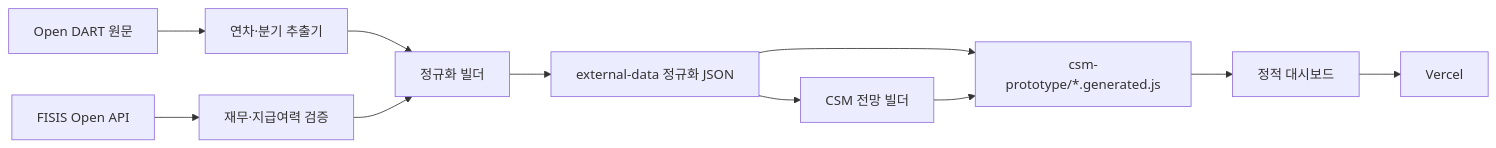
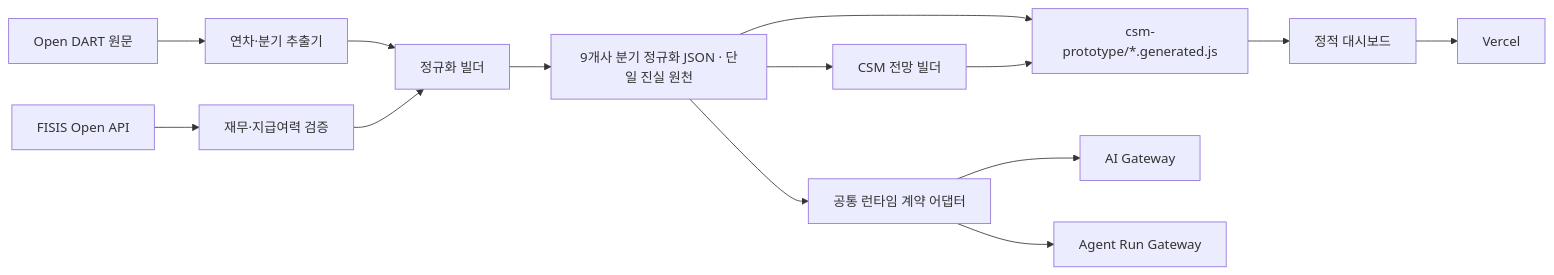
Before and after one commit to judeoksyun-cloud/CSM_LENS_PROJECT: the diagram in README.md, drawn with Mermaid. The commit also changed other lines of this file and 21 other files, not shown here.

````diff
--- a/README.md
+++ b/README.md
@@ -134,13 +134,16 @@
 ```mermaid
 flowchart LR
   D["Open DART 원문"] --> A["연차·분기 추출기"]
   F["FISIS Open API"] --> V["재무·지급여력 검증"]
   A --> N["정규화 빌더"]
   V --> N
-  N --> J["external-data 정규화 JSON"]
+  N --> J["9개사 분기 정규화 JSON · 단일 진실 원천"]
   J --> G["csm-prototype/*.generated.js"]
   J --> P["CSM 전망 빌더"]
+  J --> R["공통 런타임 계약 어댑터"]
+  R --> AI["AI Gateway"]
+  R --> AR["Agent Run Gateway"]
   P --> G
   G --> UI["정적 대시보드"]
   UI --> VC["Vercel"]
 ```
````
